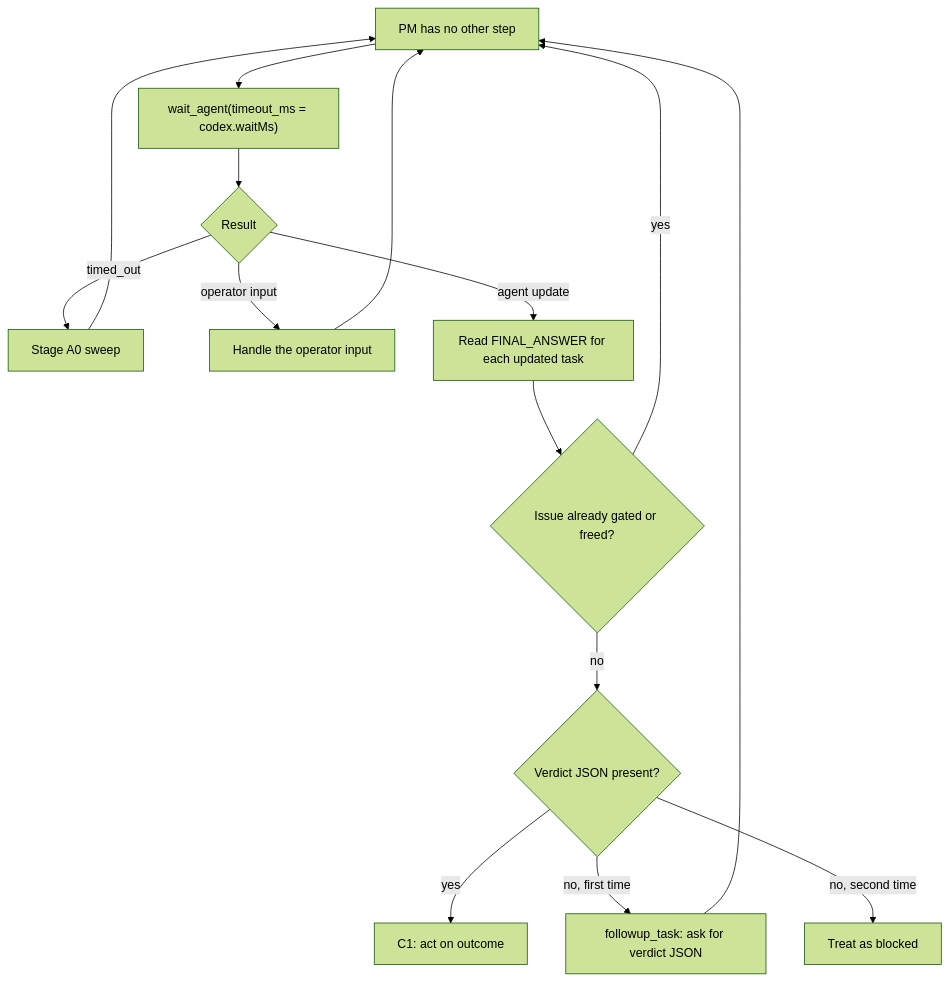
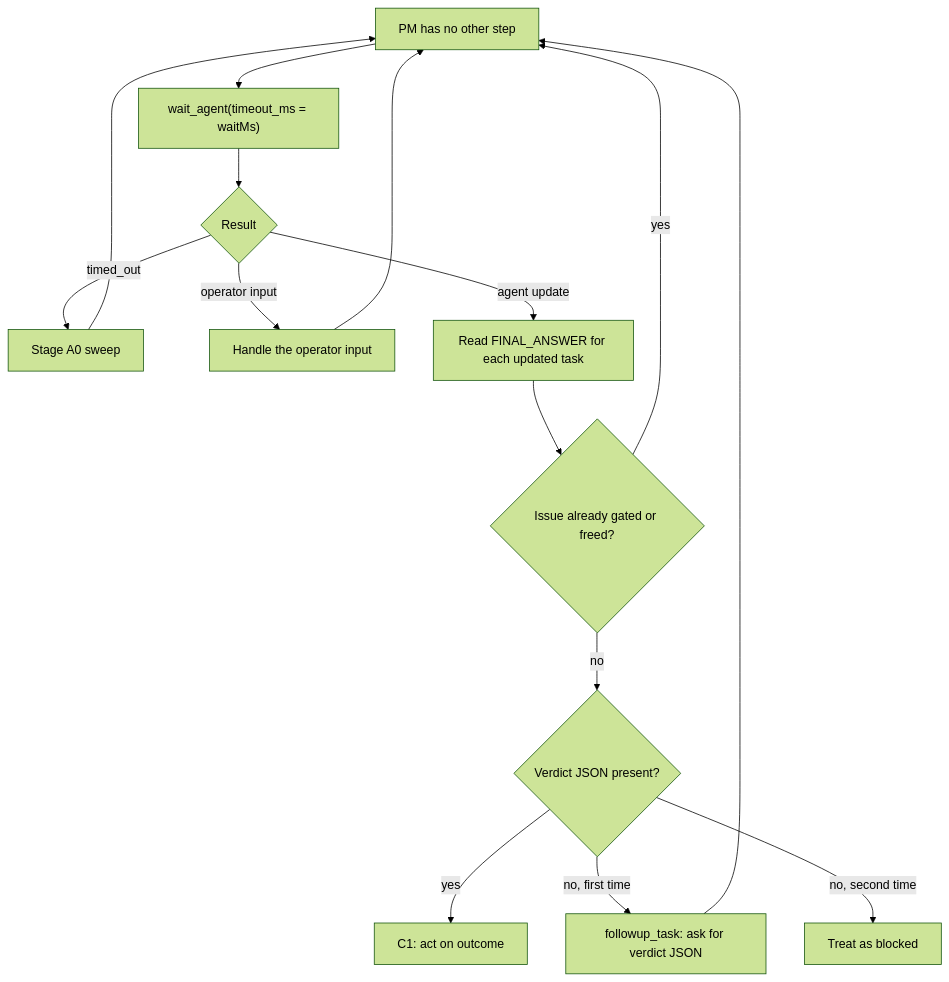
One commit to Crank-Git/issue-flow-codex changed the second of 4 diagrams in docs/specs/features/02-worker-dispatch.md. Above: the diagram before and after it, drawn with Mermaid (forest theme). The commit also changed other lines of this file and 4 other files, not shown here.

````diff
--- a/docs/specs/features/02-worker-dispatch.md
+++ b/docs/specs/features/02-worker-dispatch.md
@@ -114,14 +114,14 @@
 ```mermaid
 flowchart TD
-    A["PM has no other step"] --> B["wait_agent(timeout_ms = codex.waitMs)"]
+    A["PM has no other step"] --> B["wait_agent(timeout_ms = waitMs)"]
     B --> C{"Result"}
     C -- "timed_out" --> D["Stage A0 sweep"] --> A
     C -- "operator input" --> E["Handle the operator input"] --> A
     C -- "agent update" --> F["Read FINAL_ANSWER for each updated task"]
     F --> G{"Issue already gated or freed?"}
     G -- "yes" --> A
     G -- "no" --> H{"Verdict JSON present?"}
     H -- "yes" --> I["C1: act on outcome"]
     H -- "no, first time" --> J["followup_task: ask for verdict JSON"] --> A
     H -- "no, second time" --> K["Treat as blocked"]
 ```
````
